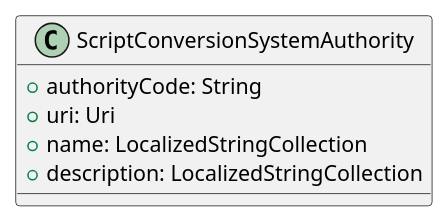
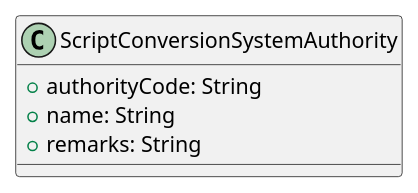
Before and after one commit to CalConnect/csd-transcription-systems: the diagram in sources/models/authority.wsd, drawn with PlantUML. The commit also changed 4 other files, not shown here.

```diff
--- a/sources/models/authority.wsd
+++ b/sources/models/authority.wsd
@@ -1,13 +1,11 @@
 
 '******* CONFIGURATION ************************************************
 class ScriptConversionSystemAuthority {
   +authorityCode: String
-  +uri: Uri
-  +name: LocalizedStringCollection
-'  +iso3166Code: iso3166Code
-  +description: LocalizedStringCollection
+  +name: String
+  +remarks: String
 }
 
 '******* CLASS RELATIONS **********************************************
 
-'AuthorityInfo <-- PublicKey
+/' 'AuthorityInfo <-- PublicKey '/
```
